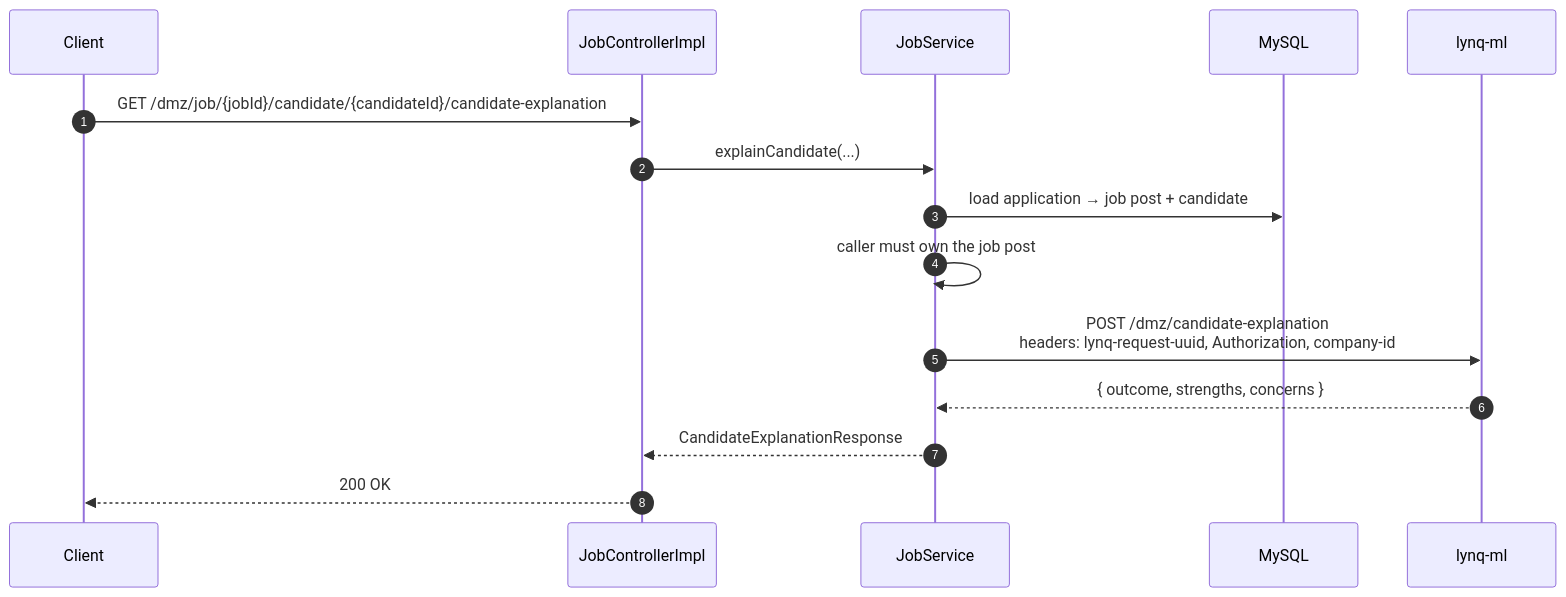
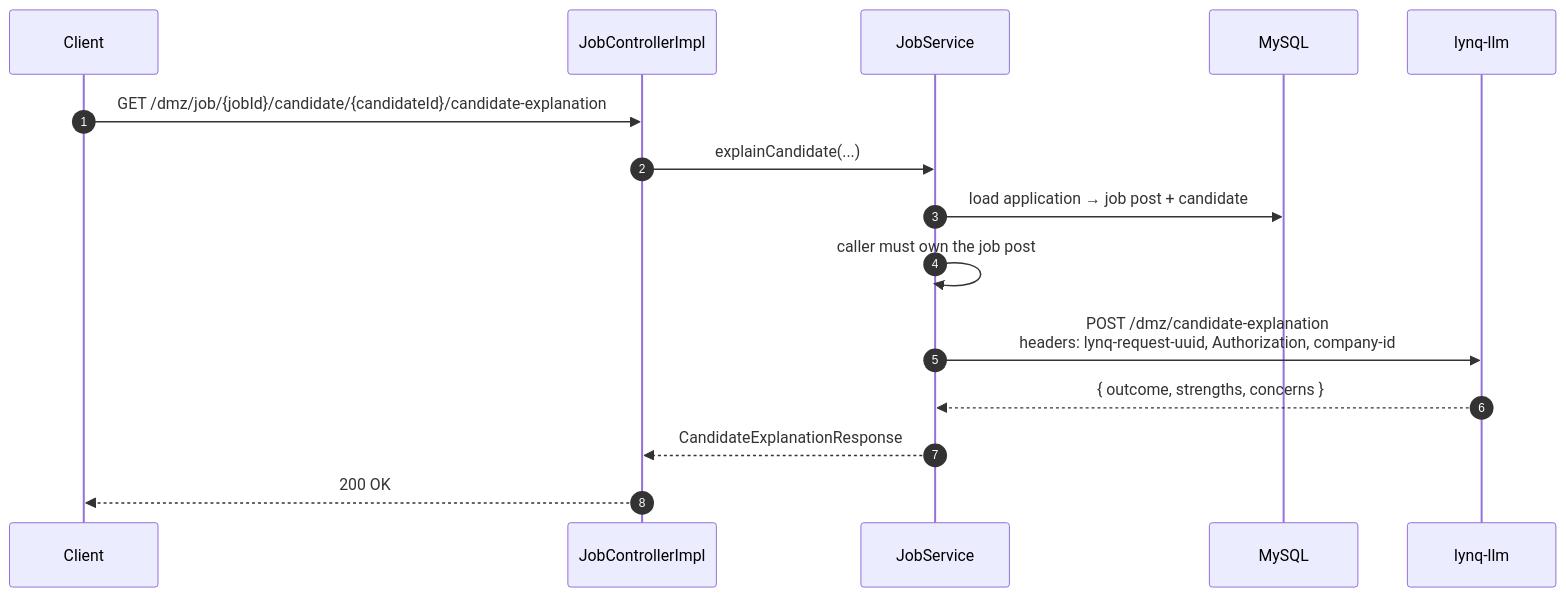
Before and after one commit to MatLock/UdeSA-lynq: the third of 4 diagrams in lynq-app-backend/README.md, drawn with Mermaid. The commit also changed other lines of this file and 234 other files, not shown here.

Commit message:
fix => renaming lynq-ml to lynq-llm that is a more suitable name

````diff
--- a/lynq-app-backend/README.md
+++ b/lynq-app-backend/README.md
@@ -250,18 +250,18 @@
 ```mermaid
 sequenceDiagram
     autonumber
     participant C as Client
     participant Ctrl as JobControllerImpl
     participant Svc as JobService
     participant DB as MySQL
-    participant ML as lynq-ml
+    participant LLM as lynq-llm
 
     C->>Ctrl: GET /dmz/job/{jobId}/candidate/{candidateId}/candidate-explanation
     Ctrl->>Svc: explainCandidate(...)
     Svc->>DB: load application → job post + candidate
     Svc->>Svc: caller must own the job post
-    Svc->>ML: POST /dmz/candidate-explanation<br/>headers: lynq-request-uuid, Authorization, company-id
-    ML-->>Svc: { outcome, strengths, concerns }
+    Svc->>LLM: POST /dmz/candidate-explanation<br/>headers: lynq-request-uuid, Authorization, company-id
+    LLM-->>Svc: { outcome, strengths, concerns }
     Svc-->>Ctrl: CandidateExplanationResponse
     Ctrl-->>C: 200 OK
 ```
````
